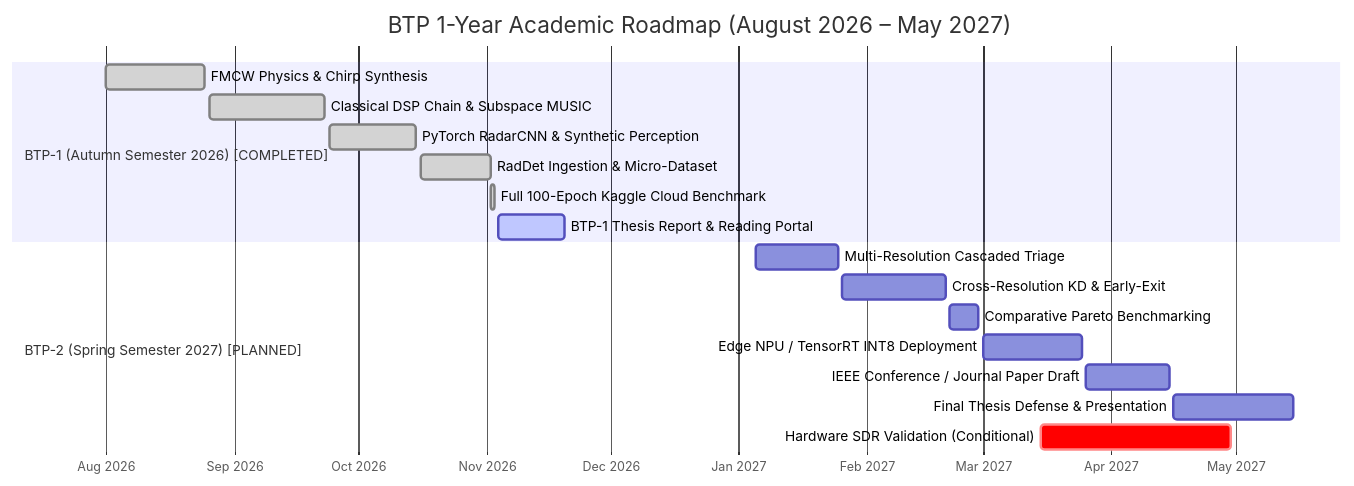
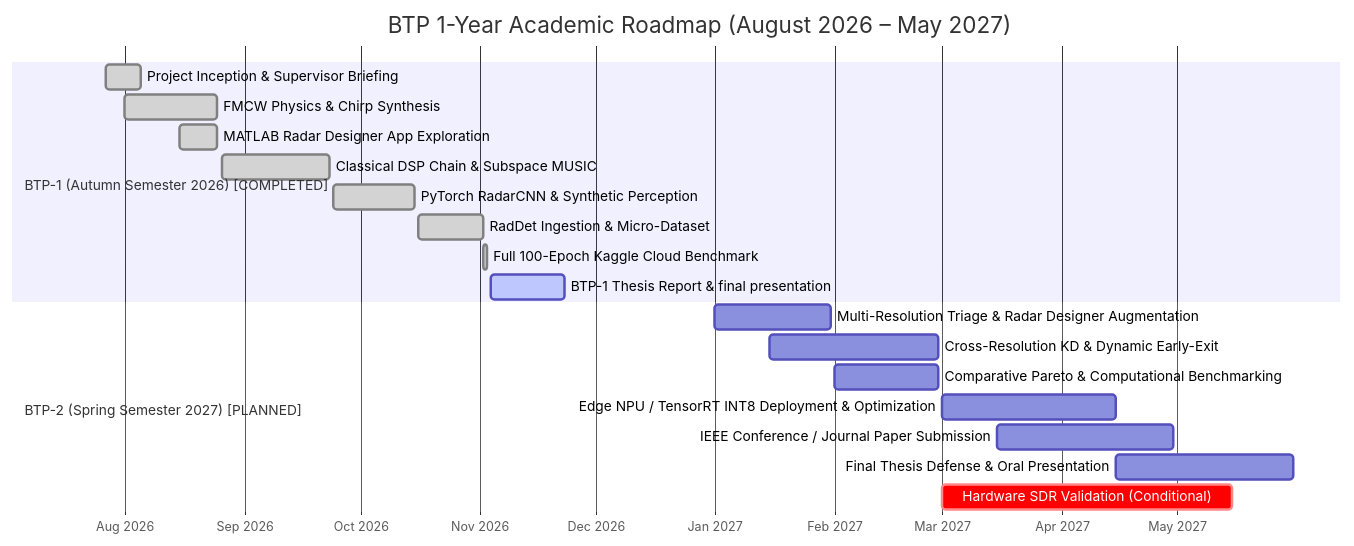
One commit to aryanthepain/Radar-BTP changed the second of 2 diagrams in .planning/phases/01.2.2-comprehensive-btp-thesis-report-academic-publication-showcas/01.2.2-BTP-EXPERIENCE.md. Above: the diagram before and after it, drawn with Mermaid. The commit also changed other lines of this file and 3 other files, not shown here.

Commit message:
docs(phase-01.2.2): calibrate gantt roadmap with email timeline, radar designer app, and study curriculum

````diff
--- a/.planning/phases/01.2.2-comprehensive-btp-thesis-report-academic-publication-showcas/01.2.2-BTP-EXPERIENCE.md
+++ b/.planning/phases/01.2.2-comprehensive-btp-thesis-report-academic-publication-showcas/01.2.2-BTP-EXPERIENCE.md
@@ -216,23 +233,25 @@
 ```mermaid
 gantt
     title BTP 1-Year Academic Roadmap (August 2026 – May 2027)
     dateFormat YYYY-MM-DD
     axisFormat %b %Y
 
     section BTP-1 (Autumn Semester 2026) [COMPLETED]
+    Project Inception & Supervisor Briefing  :done, m1_0, 2026-07-27, 2026-08-05
     FMCW Physics & Chirp Synthesis          :done, m1_1, 2026-08-01, 2026-08-25
+    MATLAB Radar Designer App Exploration   :done, m1_matlab, 2026-08-15, 2026-08-25
     Classical DSP Chain & Subspace MUSIC     :done, m1_2, 2026-08-26, 2026-09-23
     PyTorch RadarCNN & Synthetic Perception :done, m1_3, 2026-09-24, 2026-10-15
     RadDet Ingestion & Micro-Dataset        :done, m1_4, 2026-10-16, 2026-11-02
     Full 100-Epoch Kaggle Cloud Benchmark   :done, m1_5, 2026-11-02, 2026-11-03
-    BTP-1 Thesis Report & Reading Portal    :active, m1_6, 2026-11-04, 2026-11-20
+    BTP-1 Thesis Report & final presentation:active, m1_6, 2026-11-04, 2026-11-23
 
     section BTP-2 (Spring Semester 2027) [PLANNED]
-    Multi-Resolution Cascaded Triage        :m2_1, 2027-01-05, 2027-01-25
-    Cross-Resolution KD & Early-Exit        :m2_2, 2027-01-26, 2027-02-20
-    Comparative Pareto Benchmarking          :m2_3, 2027-02-21, 2027-02-28
-    Edge NPU / TensorRT INT8 Deployment     :m2_4, 2027-03-01, 2027-03-25
-    IEEE Conference / Journal Paper Draft   :m2_5, 2027-03-26, 2027-04-15
-    Final Thesis Defense & Presentation     :m2_6, 2027-04-16, 2027-05-15
-    Hardware SDR Validation (Conditional)   :crit, m2_hw, 2027-03-15, 2027-04-30
+    Multi-Resolution Triage & Radar Designer Augmentation :m2_1, 2027-01-01, 2027-01-31
+    Cross-Resolution KD & Dynamic Early-Exit              :m2_2, 2027-01-15, 2027-02-28
+    Comparative Pareto & Computational Benchmarking        :m2_3, 2027-02-01, 2027-02-28
+    Edge NPU / TensorRT INT8 Deployment & Optimization    :m2_4, 2027-03-01, 2027-04-15
+    IEEE Conference / Journal Paper Submission            :m2_5, 2027-03-15, 2027-04-30
+    Final Thesis Defense & Oral Presentation              :m2_6, 2027-04-15, 2027-05-31
+    Hardware SDR Validation (Conditional)                 :crit, m2_hw, 2027-03-01, 2027-05-15
 ```
````
